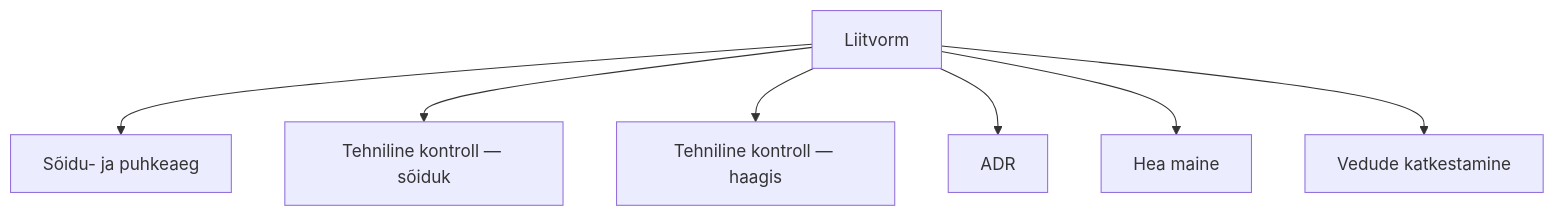
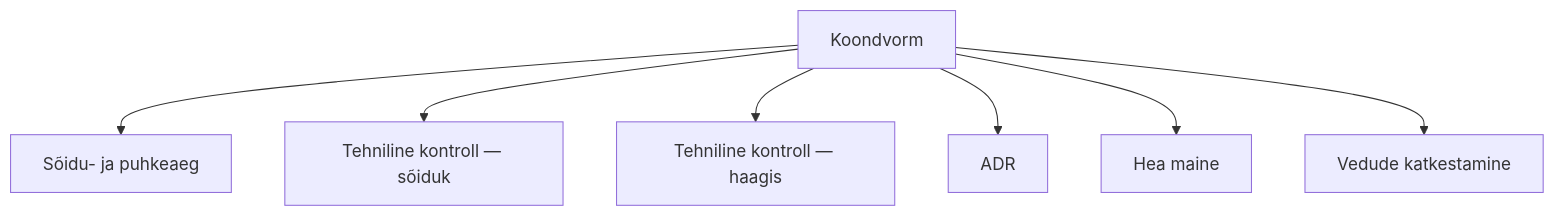
One commit to kemit-ee/ljvis-2 changed the diagram in docs/user-guide/07-vorm-liitvorm.md. Above: the diagram before and after it, drawn with Mermaid. The commit also changed other lines of this file and 31 other files, not shown here.

````diff
--- a/docs/user-guide/07-vorm-liitvorm.md
+++ b/docs/user-guide/07-vorm-liitvorm.md
@@ -94,9 +101,9 @@
 ```mermaid
 flowchart TD
-    A[Liitvorm] --> B[Sõidu- ja puhkeaeg]
+    A[Koondvorm] --> B[Sõidu- ja puhkeaeg]
     A --> C[Tehniline kontroll — sõiduk]
     A --> D[Tehniline kontroll — haagis]
     A --> E[ADR]
     A --> F[Hea maine]
     A --> G[Vedude katkestamine]
 ```
````
